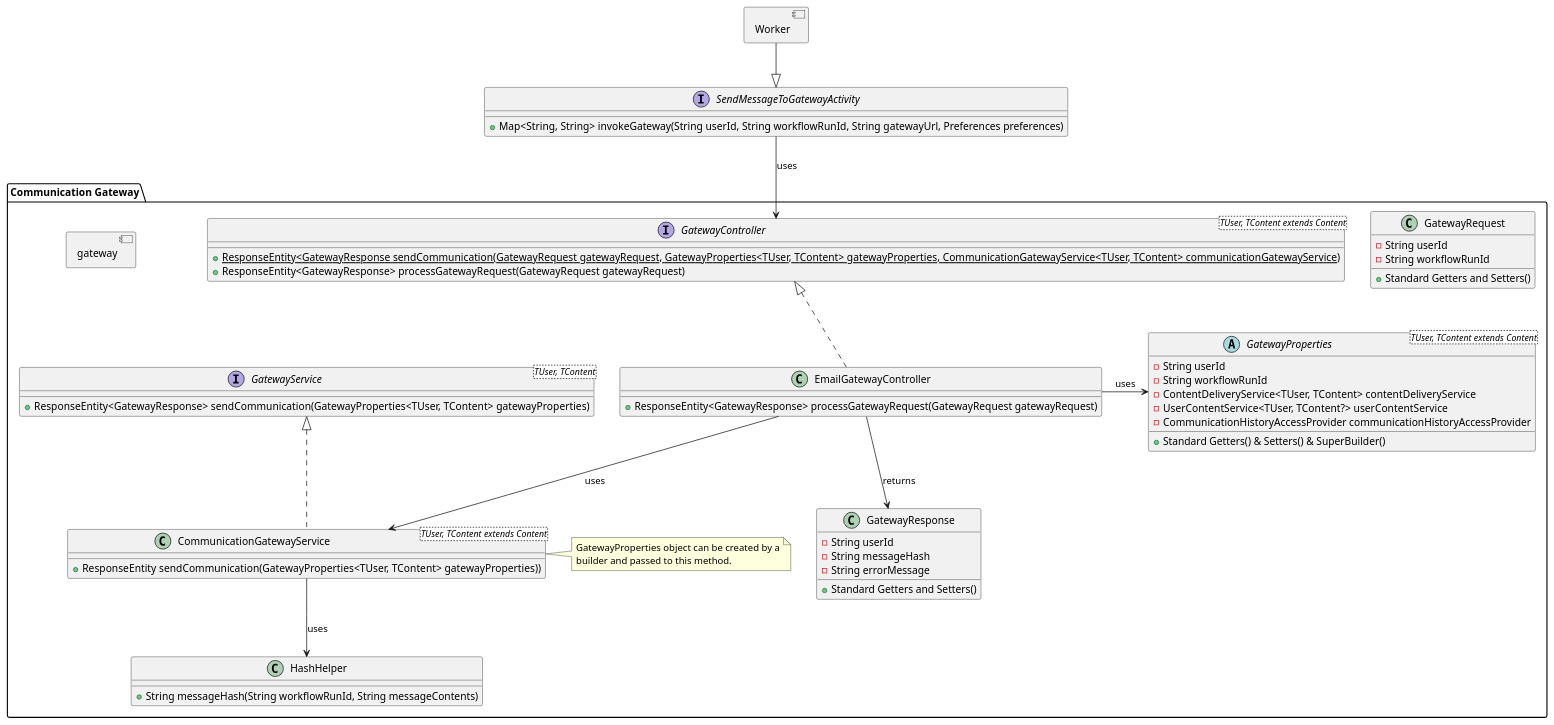
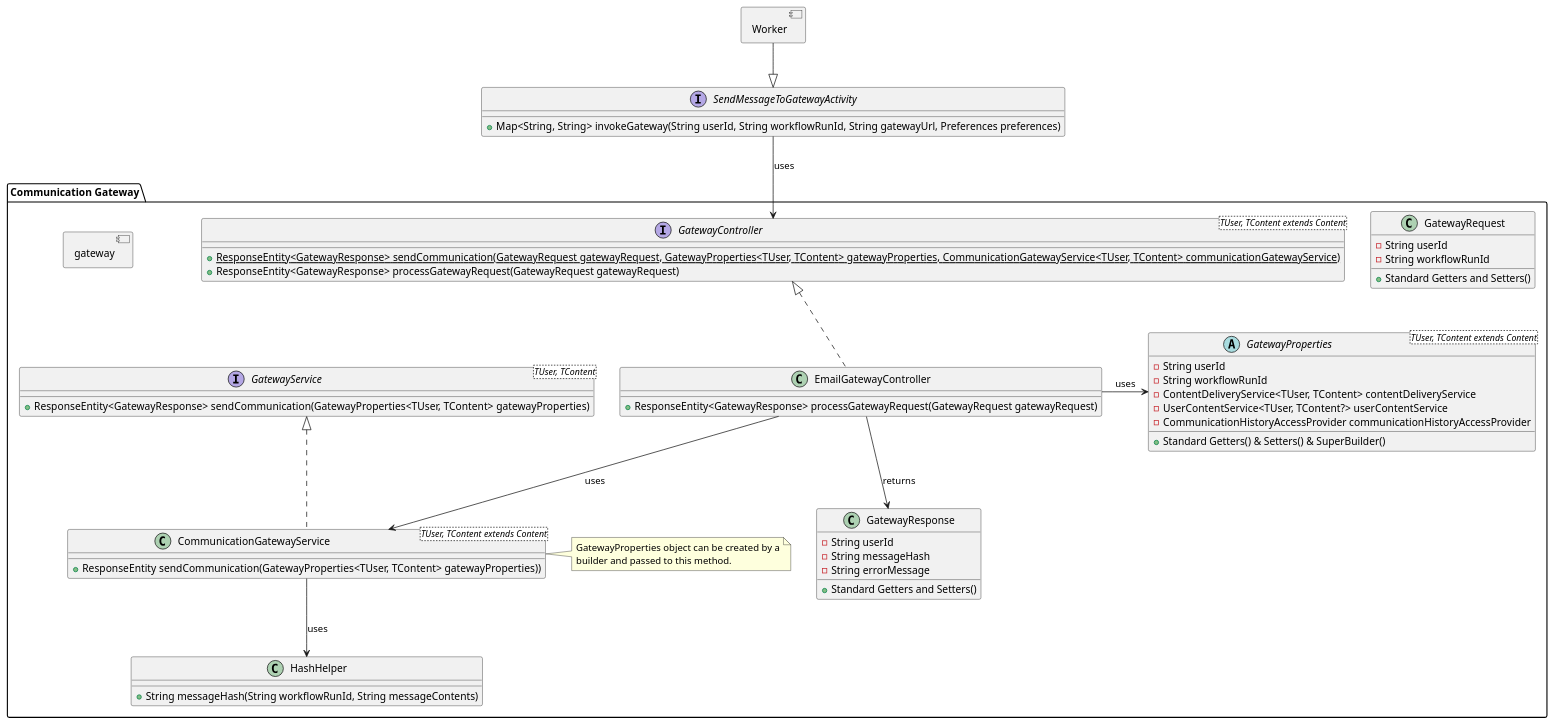
The diagram in Designs/System Context/Components/GatewayInterfacesEmailGatewayController.puml (CameronWard301/communication_scheduler), drawn with PlantUML before and after one commit. The commit also changed 184 other files, not shown here.

```diff
--- a/Designs/System Context/Components/GatewayInterfacesEmailGatewayController.puml
+++ b/Designs/System Context/Components/GatewayInterfacesEmailGatewayController.puml
@@ -1,75 +1,75 @@
 @startuml Gateway Interfaces
 
 component Worker {
 }
 
 interface SendMessageToGatewayActivity {
     + Map<String, String> invokeGateway(String userId, String workflowRunId, String gatewayUrl, Preferences preferences)
 }
 
 package "Communication Gateway" as communicationGateway {
     component gateway {
 
     }
 
 
     class HashHelper {
         + String messageHash(String workflowRunId, String messageContents)
     }
 
 
     class GatewayRequest {
         - String userId
         - String workflowRunId
         + Standard Getters and Setters()
     }
 
     class GatewayResponse {
         - String userId
         - String messageHash
         - String errorMessage
         + Standard Getters and Setters()
     }
 
 
     interface GatewayController <TUser, TContent extends Content>{
-        + {static} ResponseEntity<GatewayResponse sendCommunication(GatewayRequest gatewayRequest, GatewayProperties<TUser, TContent> gatewayProperties, CommunicationGatewayService<TUser, TContent> communicationGatewayService)
+        + {static} ResponseEntity<GatewayResponse> sendCommunication(GatewayRequest gatewayRequest, GatewayProperties<TUser, TContent> gatewayProperties, CommunicationGatewayService<TUser, TContent> communicationGatewayService)
         + ResponseEntity<GatewayResponse> processGatewayRequest(GatewayRequest gatewayRequest)
     }
 
     class EmailGatewayController implements GatewayController {
         + ResponseEntity<GatewayResponse> processGatewayRequest(GatewayRequest gatewayRequest)
     }
 
     abstract class GatewayProperties <TUser, TContent extends Content> {
         - String userId
         - String workflowRunId
         - ContentDeliveryService<TUser, TContent> contentDeliveryService
         - UserContentService<TUser, TContent?> userContentService
         - CommunicationHistoryAccessProvider communicationHistoryAccessProvider
         + Standard Getters() & Setters() & SuperBuilder()
     }
 
     interface GatewayService <TUser, TContent>{
         + ResponseEntity<GatewayResponse> sendCommunication(GatewayProperties<TUser, TContent> gatewayProperties)
     }
 
     class CommunicationGatewayService<TUser, TContent extends Content> implements GatewayService {
         + ResponseEntity sendCommunication(GatewayProperties<TUser, TContent> gatewayProperties))
     }
 
     note right of CommunicationGatewayService
         GatewayProperties object can be created by a
         builder and passed to this method.
     end note
 
     CommunicationGatewayService --> HashHelper: uses
     EmailGatewayController --> CommunicationGatewayService: uses
     EmailGatewayController -> GatewayProperties: uses
     Worker --|> SendMessageToGatewayActivity
     SendMessageToGatewayActivity --> GatewayController: uses
     EmailGatewayController -d-> GatewayResponse: returns
 }
 
 
 @enduml
```
